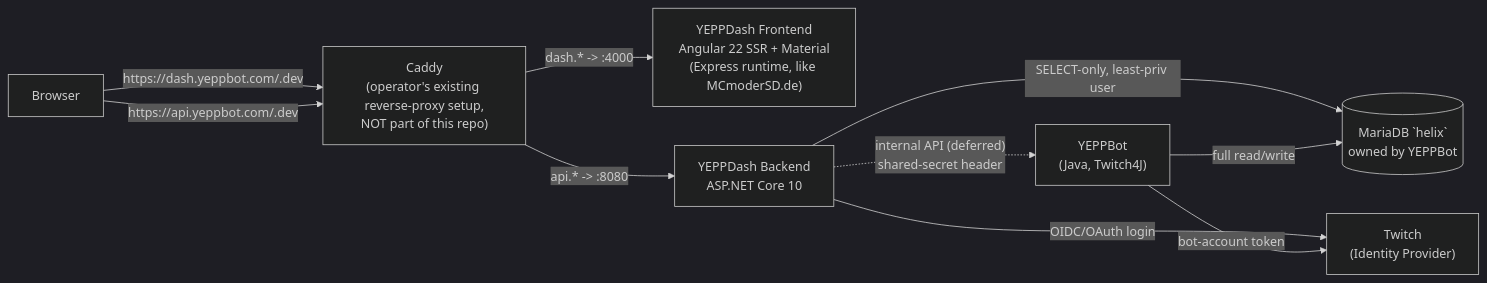
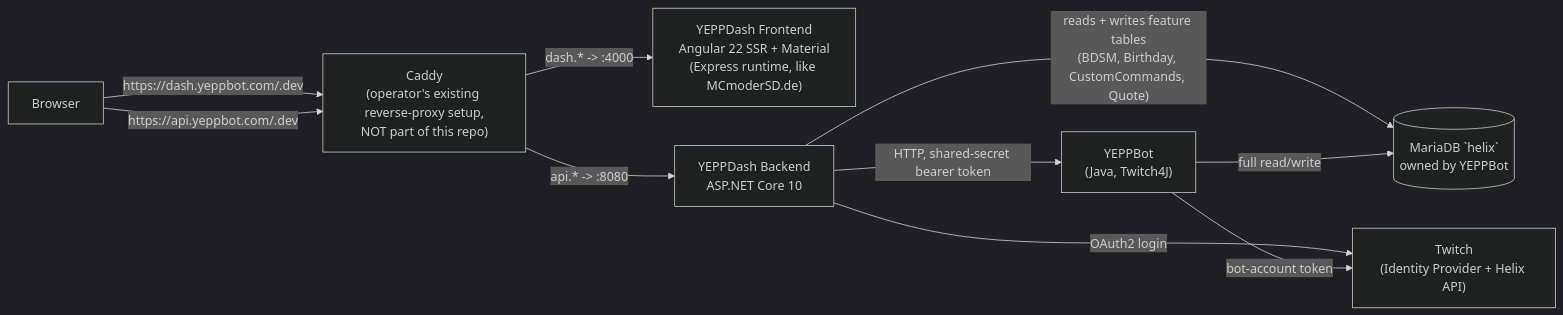
The first of 3 diagrams in PLAN.md (MCmoderSD/YEPPDash), drawn with Mermaid (dark theme) before and after one commit. The commit also changed other lines of this file and 2 other files, not shown here.

First line of the commit message:
Bring README, ROADMAP and PLAN up to date with what actually shipped

````diff
--- a/PLAN.md
+++ b/PLAN.md
@@ -21,12 +23,12 @@
 ```mermaid
 flowchart LR
     Browser["Browser"] -->|"https://dash.yeppbot.com/.dev"| Proxy["Caddy<br/>(operator's existing reverse-proxy setup,<br/>NOT part of this repo)"]
     Browser -->|"https://api.yeppbot.com/.dev"| Proxy
     Proxy -->|"dash.* -> :4000"| FE["YEPPDash Frontend<br/>Angular 22 SSR + Material<br/>(Express runtime, like MCmoderSD.de)"]
     Proxy -->|"api.* -> :8080"| BE["YEPPDash Backend<br/>ASP.NET Core 10"]
-    BE -->|"SELECT-only, least-priv user"| DB[("MariaDB `helix`<br/>owned by YEPPBot")]
-    BE -->|"OIDC/OAuth login"| Twitch["Twitch<br/>(Identity Provider)"]
-    BE -.->|"internal API (deferred)<br/>shared-secret header"| Bot["YEPPBot<br/>(Java, Twitch4J)"]
+    BE -->|"reads + writes feature tables<br/>(BDSM, Birthday, CustomCommands, Quote)"| DB[("MariaDB `helix`<br/>owned by YEPPBot")]
+    BE -->|"OAuth2 login"| Twitch["Twitch<br/>(Identity Provider + Helix API)"]
+    BE -->|"HTTP, shared-secret bearer token"| Bot["YEPPBot<br/>(Java, Twitch4J)"]
     Bot -->|"full read/write"| DB
     Bot -->|"bot-account token"| Twitch
 ```
````
